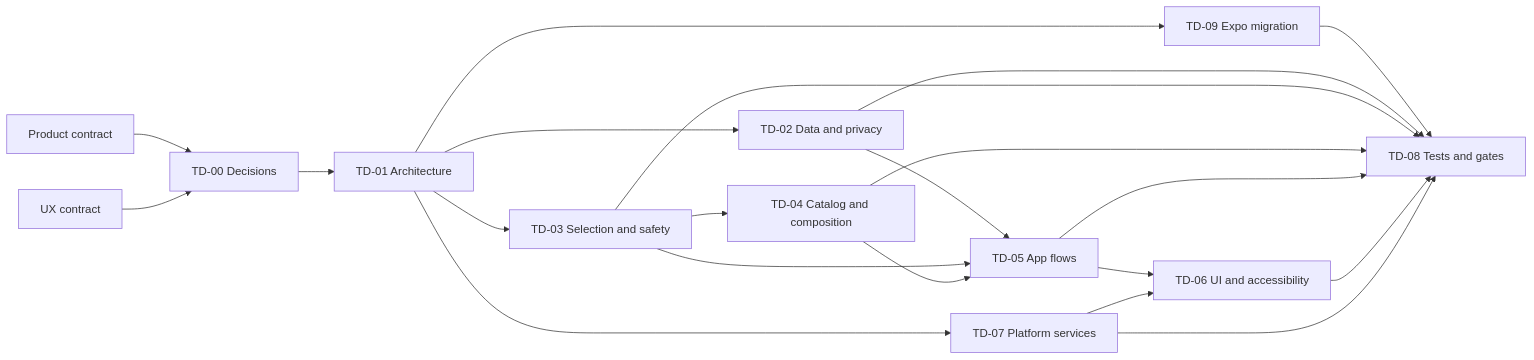
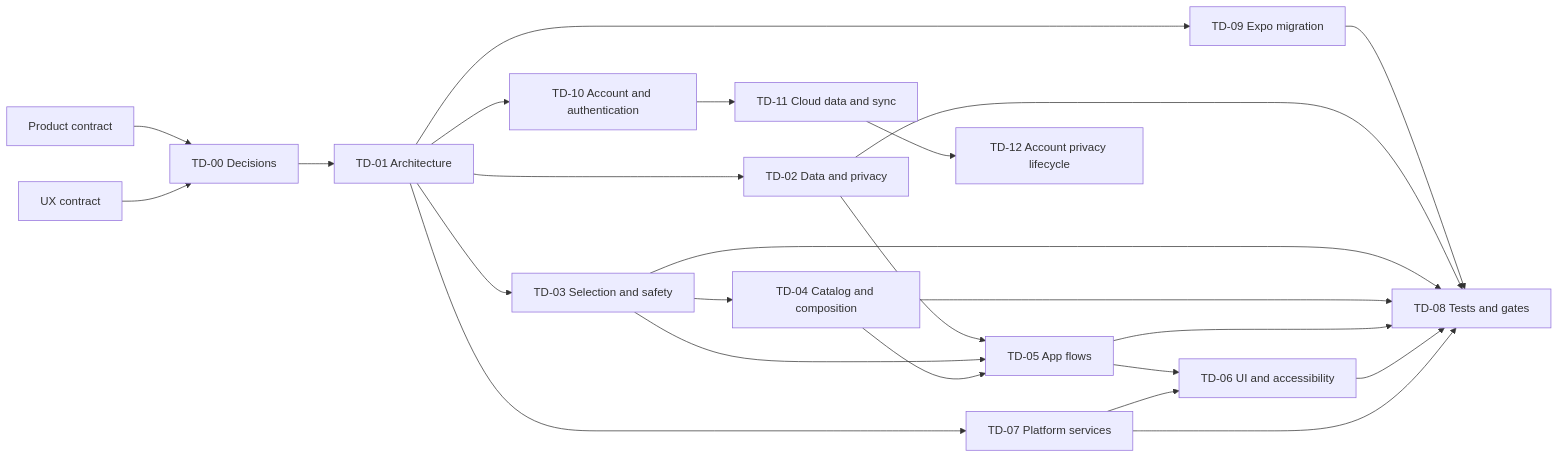
The diagram in docs/technical/00_TECHNICAL_DESIGN_INDEX.md (Sasnigs/kineo), drawn with Mermaid before and after one commit. The commit also changed other lines of this file and 14 other files, not shown here.

Commit message:
Define account and sync architecture

````diff
--- a/docs/technical/00_TECHNICAL_DESIGN_INDEX.md
+++ b/docs/technical/00_TECHNICAL_DESIGN_INDEX.md
@@ -28,23 +28,26 @@
 ```mermaid
 flowchart LR
     product[Product contract] --> index[TD-00 Decisions]
     ux[UX contract] --> index
     index --> architecture[TD-01 Architecture]
     architecture --> data[TD-02 Data and privacy]
     architecture --> engine[TD-03 Selection and safety]
     architecture --> platform[TD-07 Platform services]
     engine --> catalog[TD-04 Catalog and composition]
     data --> flows[TD-05 App flows]
     engine --> flows
     catalog --> flows
     flows --> ui[TD-06 UI and accessibility]
     platform --> ui
+    architecture --> auth[TD-10 Account and authentication]
+    auth --> sync[TD-11 Cloud data and sync]
+    sync --> privacy[TD-12 Account privacy lifecycle]
     architecture --> migration[TD-09 Expo migration]
     migration --> tests[TD-08 Tests and gates]
     data --> tests
     engine --> tests
     catalog --> tests
     flows --> tests
     ui --> tests
     platform --> tests
 ```
````
